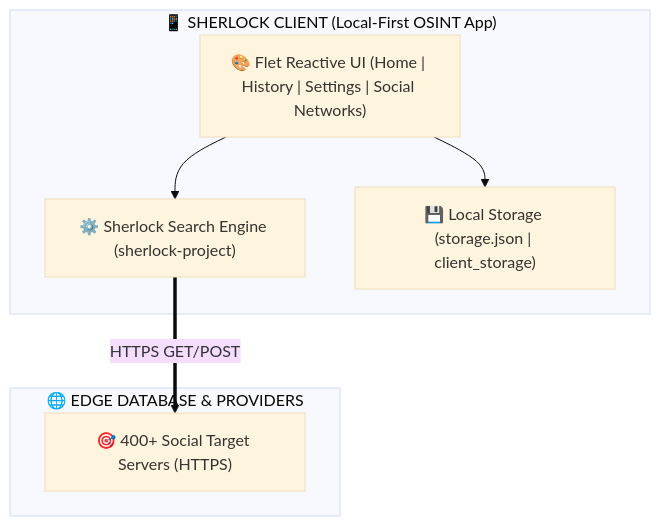
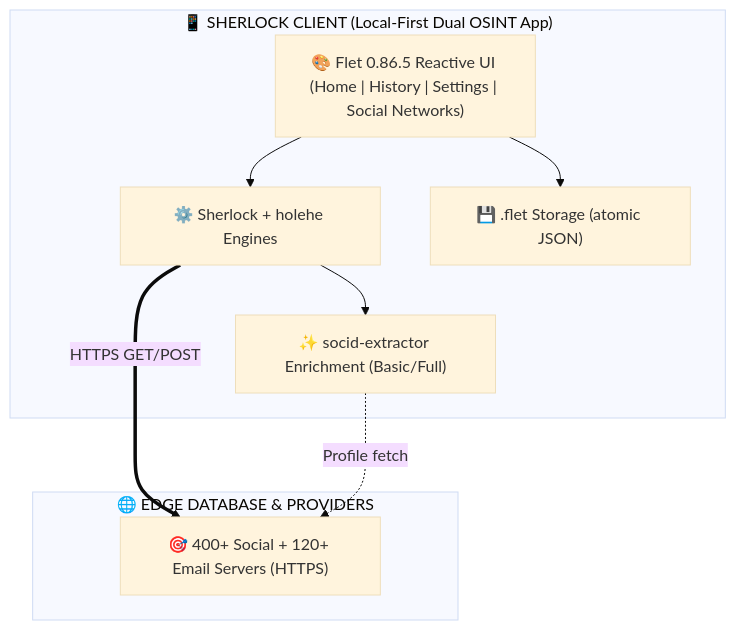
The diagram in README.md (Nwokike/Sherlock), drawn with Mermaid (base theme) before and after one commit. The commit also changed other lines of this file and 10 other files, not shown here.

````diff
--- a/README.md
+++ b/README.md
@@ -138,16 +148,19 @@
 ```mermaid
 graph TB
-    subgraph SHERLOCK_CLIENT ["📱 SHERLOCK CLIENT (Local-First OSINT App)"]
-        UI["🎨 Flet Reactive UI (Home | History | Settings | Social Networks)"]
-        Engine["⚙️ Sherlock Search Engine (sherlock-project)"]
-        Storage["💾 Local Storage (storage.json | client_storage)"]
+    subgraph SHERLOCK_CLIENT ["📱 SHERLOCK CLIENT (Local-First Dual OSINT App)"]
+        UI["🎨 Flet 0.86.5 Reactive UI (Home | History | Settings | Social Networks)"]
+        Engine["⚙️ Sherlock + holehe Engines"]
+        Enrich["✨ socid-extractor Enrichment (Basic/Full)"]
+        Storage["💾 .flet Storage (atomic JSON)"]
         UI --> Engine
+        Engine --> Enrich
         UI --> Storage
     end
 
     subgraph GLOBAL_RESOURCES ["🌐 EDGE DATABASE & PROVIDERS"]
-        Targets["🎯 400+ Social Target Servers (HTTPS)"]
+        Targets["🎯 400+ Social + 120+ Email Servers (HTTPS)"]
     end
 
     Engine ==>|HTTPS GET/POST| Targets
+    Enrich -.->|Profile fetch| Targets
 ```
````
